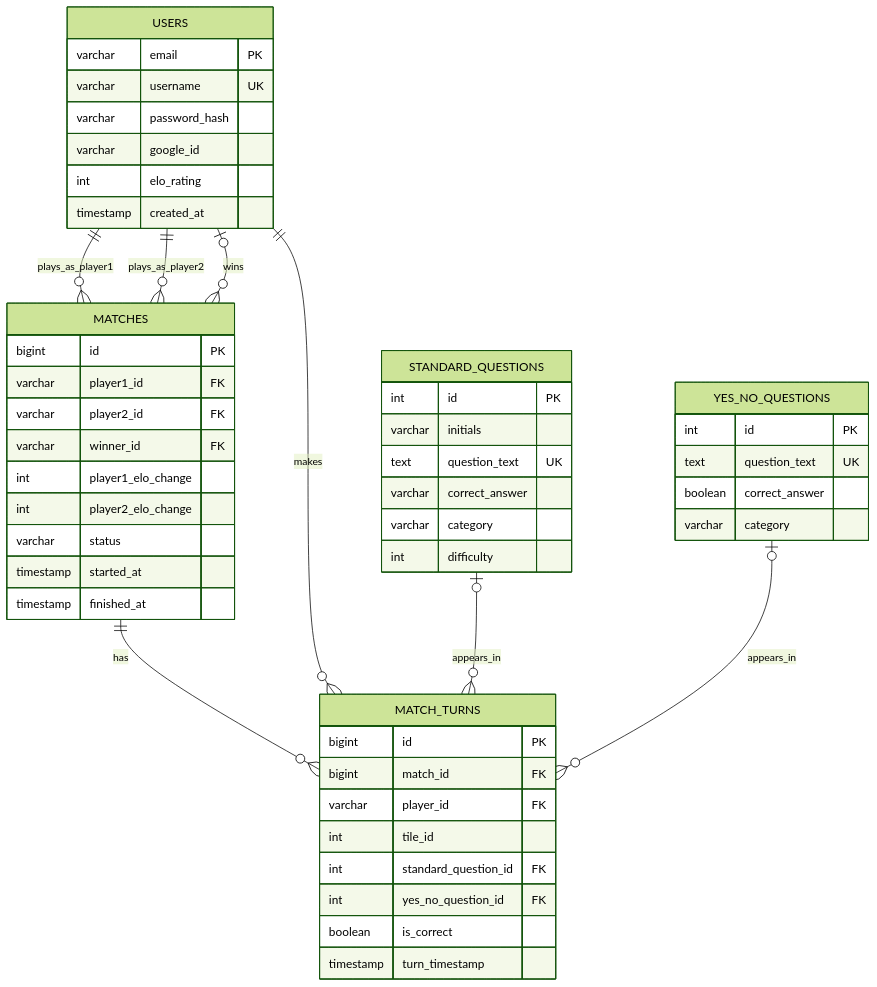
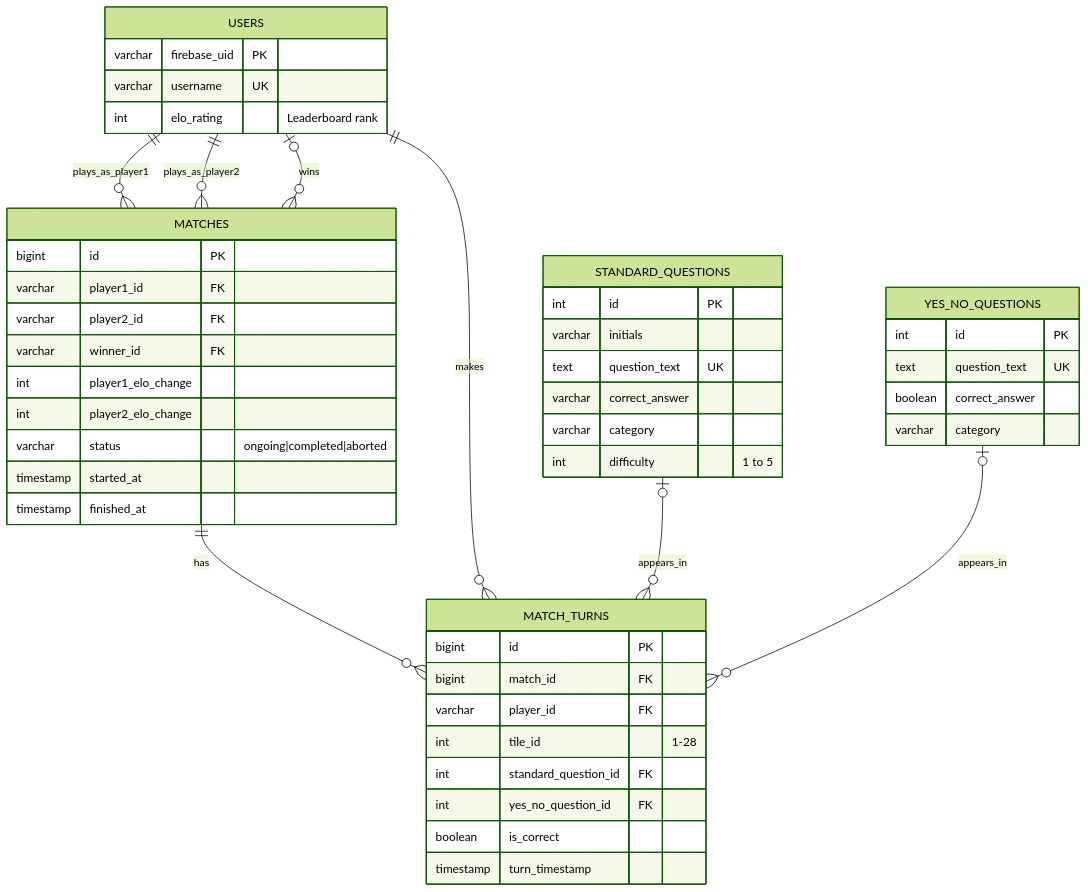
One commit to PSI-RDB-2026/QuizApp changed the second of 8 diagrams in docs/DESIGN.md. Above: the diagram before and after it, drawn with Mermaid (forest theme). The commit also changed other lines of this file, not shown here.

````diff
--- a/docs/DESIGN.md
+++ b/docs/DESIGN.md
@@ -44,58 +51,55 @@
 ```mermaid
 erDiagram
     USERS {
-        varchar email PK
+        varchar firebase_uid PK
         varchar username UK
-        varchar password_hash
-        varchar google_id
-        int elo_rating
-        timestamp created_at
+        int elo_rating "Leaderboard rank"
     }
 
     STANDARD_QUESTIONS {
         int id PK
         varchar initials
         text question_text UK
         varchar correct_answer
         varchar category
-        int difficulty
+        int difficulty "1 to 5"
     }
 
     YES_NO_QUESTIONS {
         int id PK
         text question_text UK
         boolean correct_answer
         varchar category
     }
 
     MATCHES {
         bigint id PK
         varchar player1_id FK
         varchar player2_id FK
         varchar winner_id FK
         int player1_elo_change
         int player2_elo_change
-        varchar status
+        varchar status "ongoing|completed|aborted"
         timestamp started_at
         timestamp finished_at
     }
 
     MATCH_TURNS {
         bigint id PK
         bigint match_id FK
         varchar player_id FK
-        int tile_id
+        int tile_id "1-28"
         int standard_question_id FK
         int yes_no_question_id FK
         boolean is_correct
         timestamp turn_timestamp
     }
 
     USERS ||--o{ MATCHES : plays_as_player1
     USERS ||--o{ MATCHES : plays_as_player2
     USERS o|--o{ MATCHES : wins
     MATCHES ||--o{ MATCH_TURNS : has
     USERS ||--o{ MATCH_TURNS : makes
     STANDARD_QUESTIONS o|--o{ MATCH_TURNS : appears_in
     YES_NO_QUESTIONS o|--o{ MATCH_TURNS : appears_in
 ```
````
